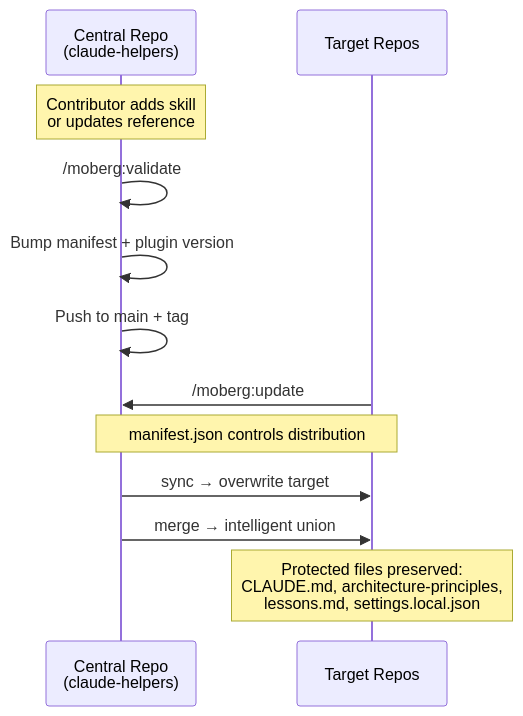
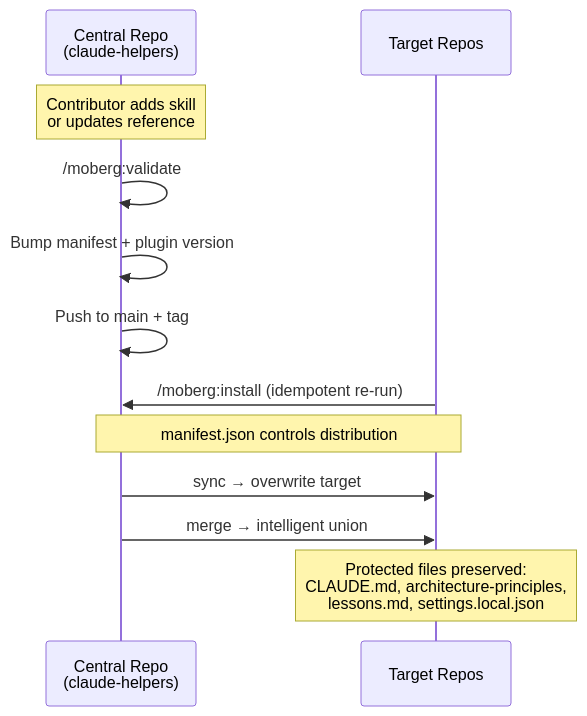
The eighth of 8 diagrams in README.md (moberghr/mtk-agent-toolkit), drawn with Mermaid before and after one commit. The commit also changed other lines of this file and 13 other files, not shown here.

````diff
--- a/README.md
+++ b/README.md
@@ -473,17 +468,17 @@
 ```mermaid
 sequenceDiagram
     participant C as Central Repo<br/>(claude-helpers)
     participant T as Target Repos
 
     Note over C: Contributor adds skill<br/>or updates reference
     C->>C: /moberg:validate
     C->>C: Bump manifest + plugin version
     C->>C: Push to main + tag
 
-    T->>C: /moberg:update
+    T->>C: /moberg:install (idempotent re-run)
     Note over C,T: manifest.json controls distribution
 
     C->>T: sync → overwrite target
     C->>T: merge → intelligent union
     Note over T: Protected files preserved:<br/>CLAUDE.md, architecture-principles,<br/>lessons.md, settings.local.json
 ```
````
